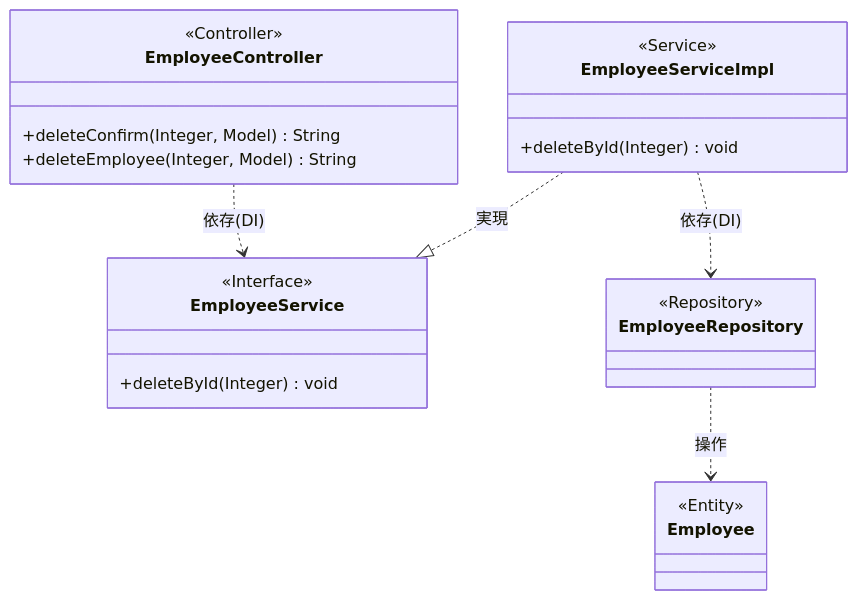
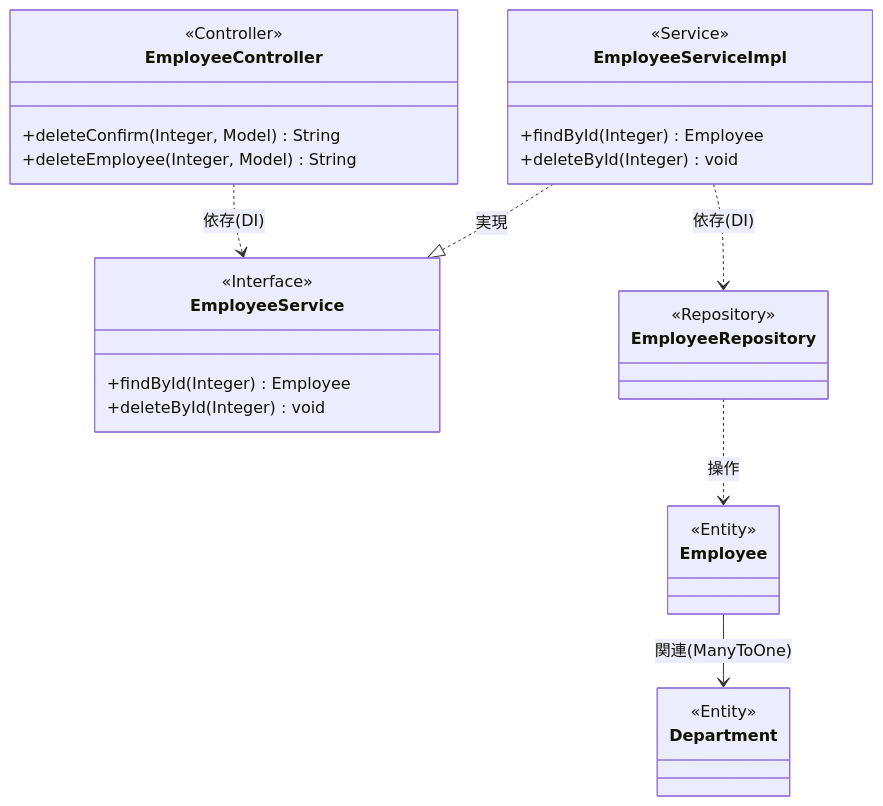
One commit to juyeongjung1/NewEIMS changed diagram 19 of 25 in EIMS_Comprehensive_Exercise_Guide.md. Above: the diagram before and after it, drawn with Mermaid. The commit also changed other lines of this file and 1 other file, not shown here.

````diff
--- a/EIMS_Comprehensive_Exercise_Guide.md
+++ b/EIMS_Comprehensive_Exercise_Guide.md
@@ -1374,23 +1486,27 @@
 ```mermaid
 classDiagram
     class EmployeeController {
         <<Controller>>
         +deleteConfirm(Integer, Model) String
         +deleteEmployee(Integer, Model) String
     }
     class EmployeeService {
         <<Interface>>
+        +findById(Integer) Employee
         +deleteById(Integer) void
     }
     class EmployeeServiceImpl {
         <<Service>>
+        +findById(Integer) Employee
         +deleteById(Integer) void
     }
     class EmployeeRepository { <<Repository>> }
     class Employee { <<Entity>> }
+    class Department { <<Entity>> }
 
     EmployeeController ..> EmployeeService : 依存(DI)
     EmployeeServiceImpl ..|> EmployeeService : 実現
     EmployeeServiceImpl ..> EmployeeRepository : 依存(DI)
     EmployeeRepository ..> Employee : 操作
+    Employee --> Department : 関連(ManyToOne)
 ```
````
